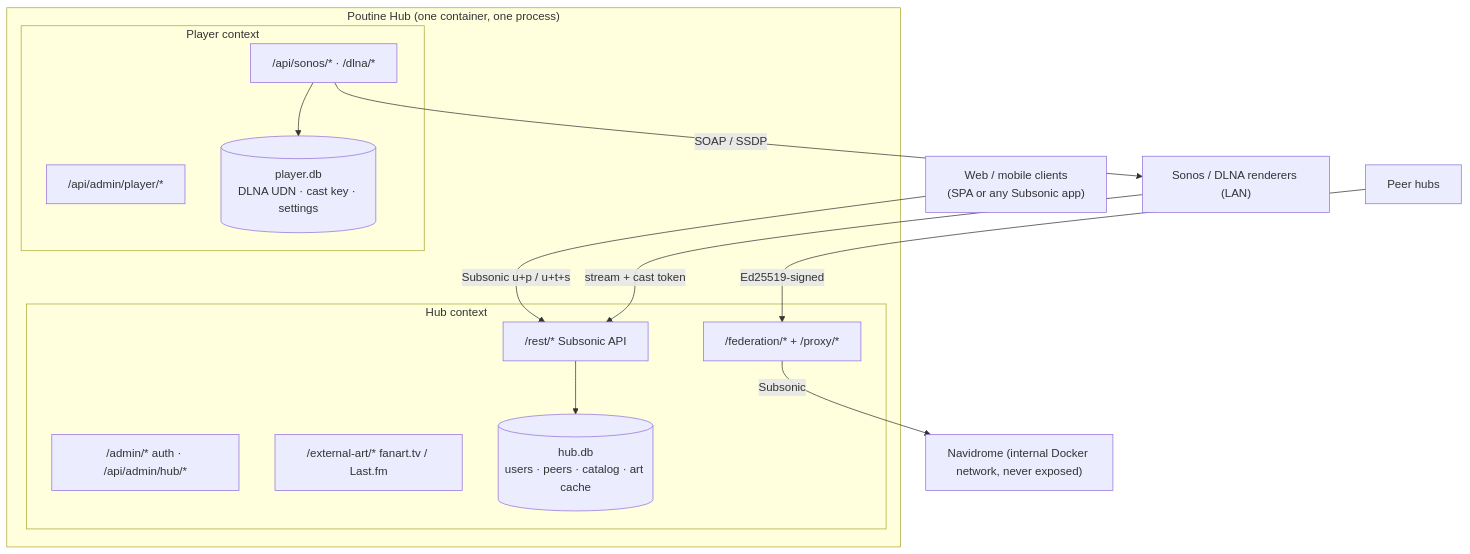
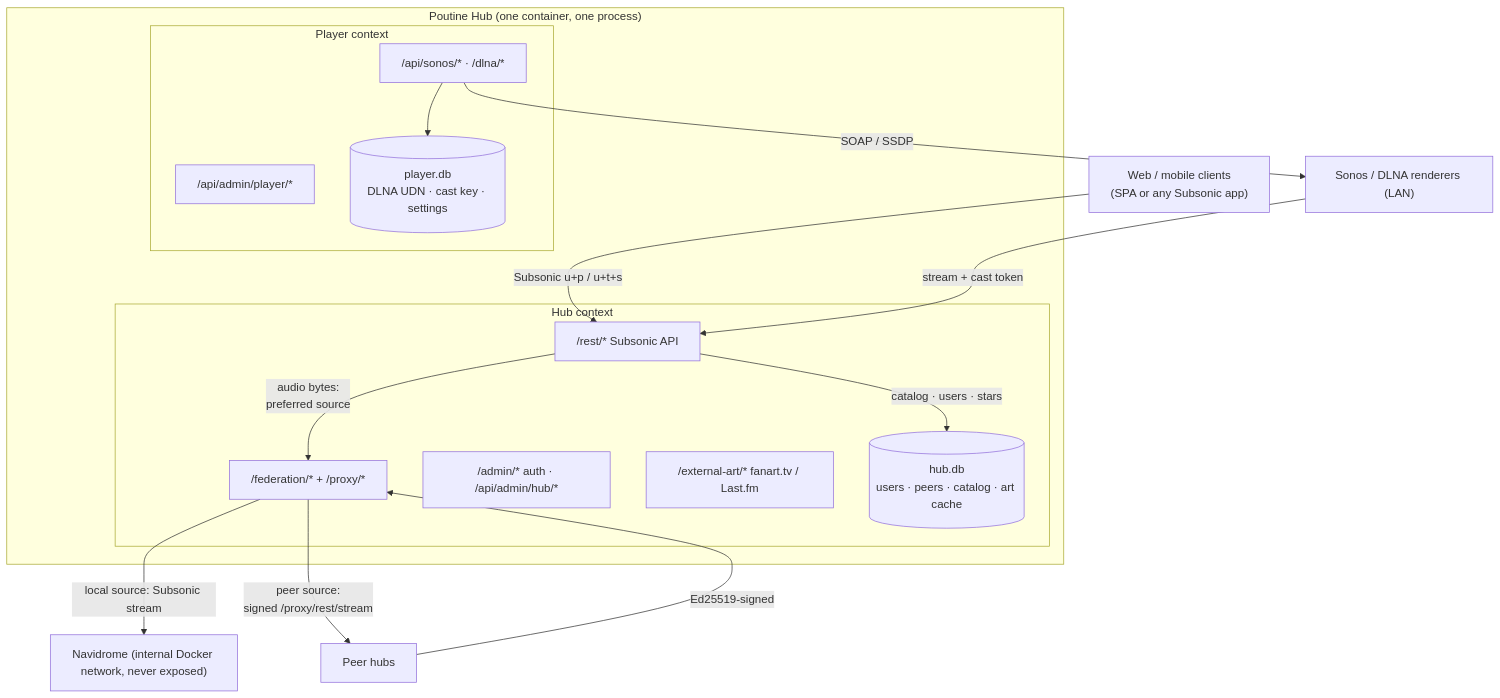
The first of 2 diagrams in docs/system-architecture.md (benders/poutine), drawn with Mermaid before and after one commit. The commit also changed other lines of this file and 5 other files, not shown here.

First line of the commit message:
docs: fix stale endpoint paths and close architecture-doc gaps (closes #270)

````diff
--- a/docs/system-architecture.md
+++ b/docs/system-architecture.md
@@ -9,30 +9,32 @@
 ```mermaid
 flowchart TB
     clients["Web / mobile clients<br/>(SPA or any Subsonic app)"]
     peers["Peer hubs"]
     renderers["Sonos / DLNA renderers (LAN)"]
 
     subgraph container["Poutine Hub (one container, one process)"]
         subgraph hub["Hub context"]
             rest["/rest/* Subsonic API"]
             fed["/federation/* + /proxy/*"]
             hubadmin["/admin/* auth · /api/admin/hub/*"]
             art["/external-art/* fanart.tv / Last.fm"]
             hubdb[("hub.db<br/>users · peers · catalog · art cache")]
         end
         subgraph player["Player context"]
             sonos["/api/sonos/* · /dlna/*"]
             playeradmin["/api/admin/player/*"]
             playerdb[("player.db<br/>DLNA UDN · cast key · settings")]
         end
     end
     navidrome["Navidrome (internal Docker network, never exposed)"]
 
     clients -- "Subsonic u+p / u+t+s" --> rest
     peers -- "Ed25519-signed" --> fed
     renderers -- "stream + cast token" --> rest
     sonos -- "SOAP / SSDP" --> renderers
-    rest --> hubdb
+    rest -- "catalog · users · stars" --> hubdb
     sonos --> playerdb
-    fed -- "Subsonic" --> navidrome
+    rest -- "audio bytes:<br/>preferred source" --> fed
+    fed -- "local source: Subsonic stream" --> navidrome
+    fed -- "peer source:<br/>signed /proxy/rest/stream" --> peers
 ```
````
